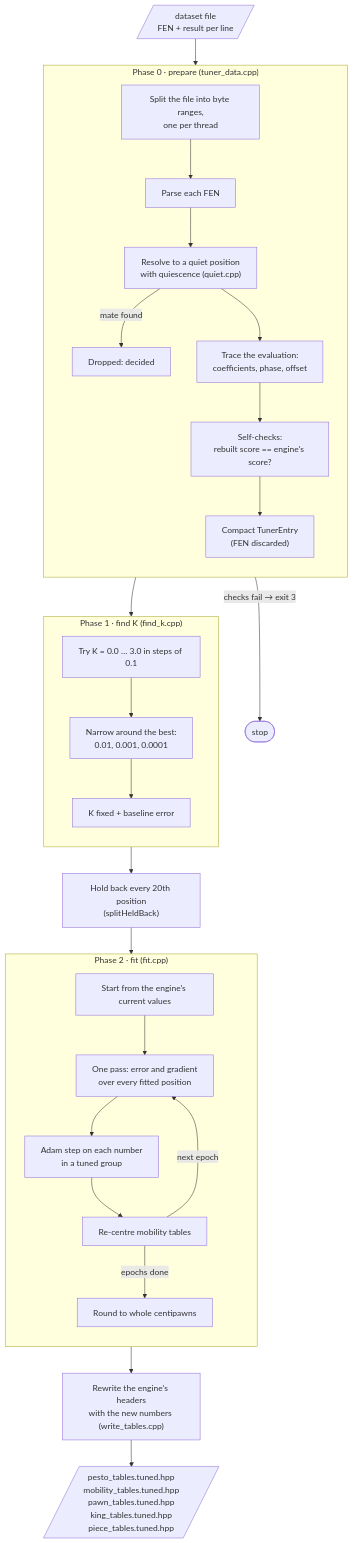
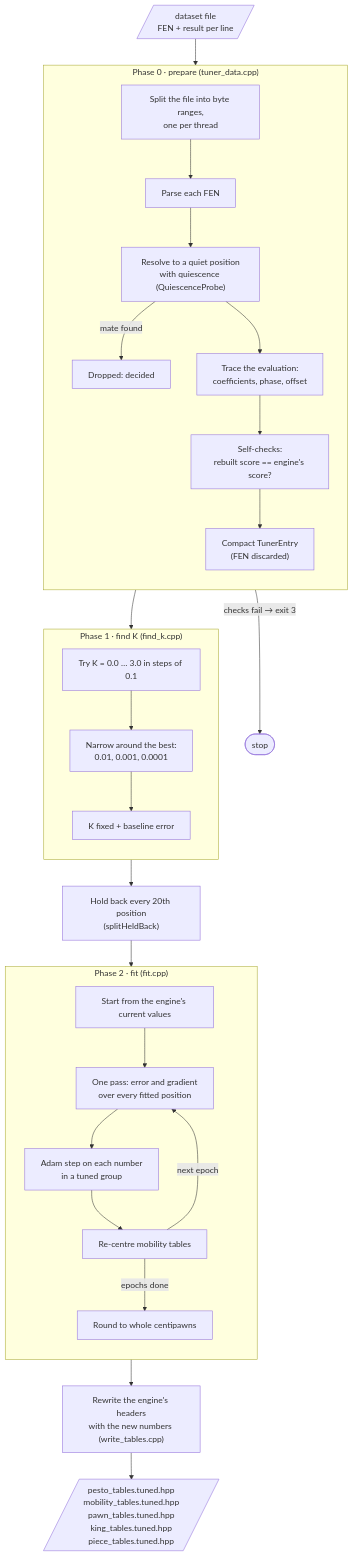
The third of 6 diagrams in tuner/README.md (looak/elephant), drawn with Mermaid before and after one commit. The commit also changed other lines of this file and 12 other files, not shown here.

First line of the commit message:
QuiescenceProbe: the tuner and indexer share their quiescence setup, no functional change

````diff
--- a/tuner/README.md
+++ b/tuner/README.md
@@ -86,38 +86,38 @@
 ```mermaid
 flowchart TD
     A[/"dataset file<br/>FEN + result per line"/] --> P0
 
     subgraph P0["Phase 0 · prepare (tuner_data.cpp)"]
         direction TB
         P0a["Split the file into byte ranges,<br/>one per thread"] --> P0b["Parse each FEN"]
-        P0b --> P0c["Resolve to a quiet position<br/>with quiescence (quiet.cpp)"]
+        P0b --> P0c["Resolve to a quiet position<br/>with quiescence (QuiescenceProbe)"]
         P0c -->|mate found| P0x["Dropped: decided"]
         P0c --> P0d["Trace the evaluation:<br/>coefficients, phase, offset"]
         P0d --> P0e["Self-checks:<br/>rebuilt score == engine's score?"]
         P0e --> P0f["Compact TunerEntry<br/>(FEN discarded)"]
     end
 
     P0 -->|"checks fail → exit 3"| X3(["stop"])
     P0 --> P1
 
     subgraph P1["Phase 1 · find K (find_k.cpp)"]
         direction TB
         P1a["Try K = 0.0 … 3.0 in steps of 0.1"] --> P1b["Narrow around the best:<br/>0.01, 0.001, 0.0001"]
         P1b --> P1c["K fixed + baseline error"]
     end
 
     P1 --> SPLIT["Hold back every 20th position<br/>(splitHeldBack)"]
     SPLIT --> P2
 
     subgraph P2["Phase 2 · fit (fit.cpp)"]
         direction TB
         P2a["Start from the engine's current values"] --> P2b["One pass: error and gradient<br/>over every fitted position"]
         P2b --> P2c["Adam step on each number<br/>in a tuned group"]
         P2c --> P2d["Re-centre mobility tables"]
         P2d -->|"next epoch"| P2b
         P2d -->|"epochs done"| P2e["Round to whole centipawns"]
     end
 
     P2 --> W["Rewrite the engine's headers<br/>with the new numbers (write_tables.cpp)"]
     W --> O[/"pesto_tables.tuned.hpp<br/>mobility_tables.tuned.hpp<br/>pawn_tables.tuned.hpp<br/>king_tables.tuned.hpp<br/>piece_tables.tuned.hpp"/]
 ```
````
